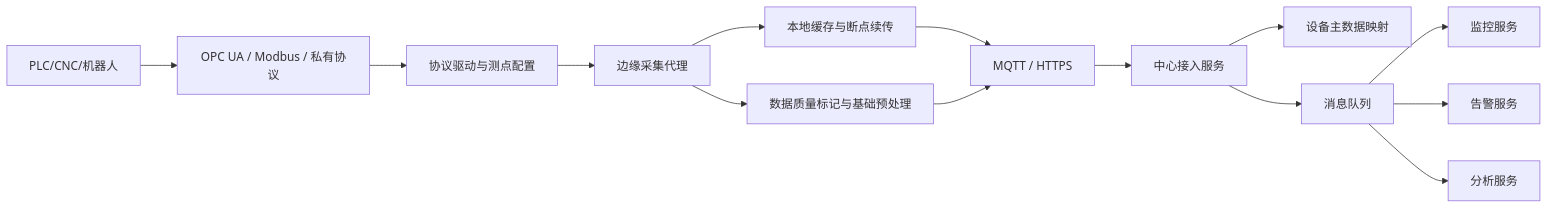
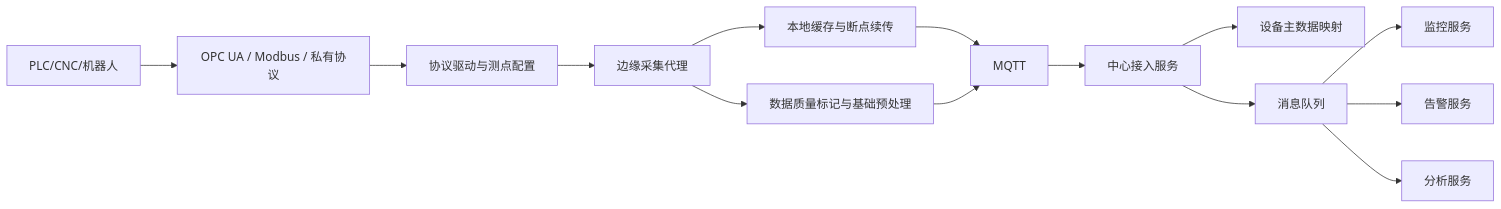
The diagram in 场景到技术/01_设备接入与协议适配.md (dptdptdpt1/26_jgs_lw), drawn with Mermaid before and after one commit. The commit also changed other lines of this file and 8 other files, not shown here.

````diff
--- a/场景到技术/01_设备接入与协议适配.md
+++ b/场景到技术/01_设备接入与协议适配.md
@@ -198,16 +209,16 @@
 ```mermaid
 flowchart LR
     A["PLC/CNC/机器人"] --> B["OPC UA / Modbus / 私有协议"]
     B --> C["协议驱动与测点配置"]
     C --> D["边缘采集代理"]
     D --> E["本地缓存与断点续传"]
     D --> F["数据质量标记与基础预处理"]
-    E --> G["MQTT / HTTPS"]
+    E --> G["MQTT"]
     F --> G
     G --> H["中心接入服务"]
     H --> I["设备主数据映射"]
     H --> J["消息队列"]
     J --> K["监控服务"]
     J --> L["告警服务"]
     J --> M["分析服务"]
 ```
````
